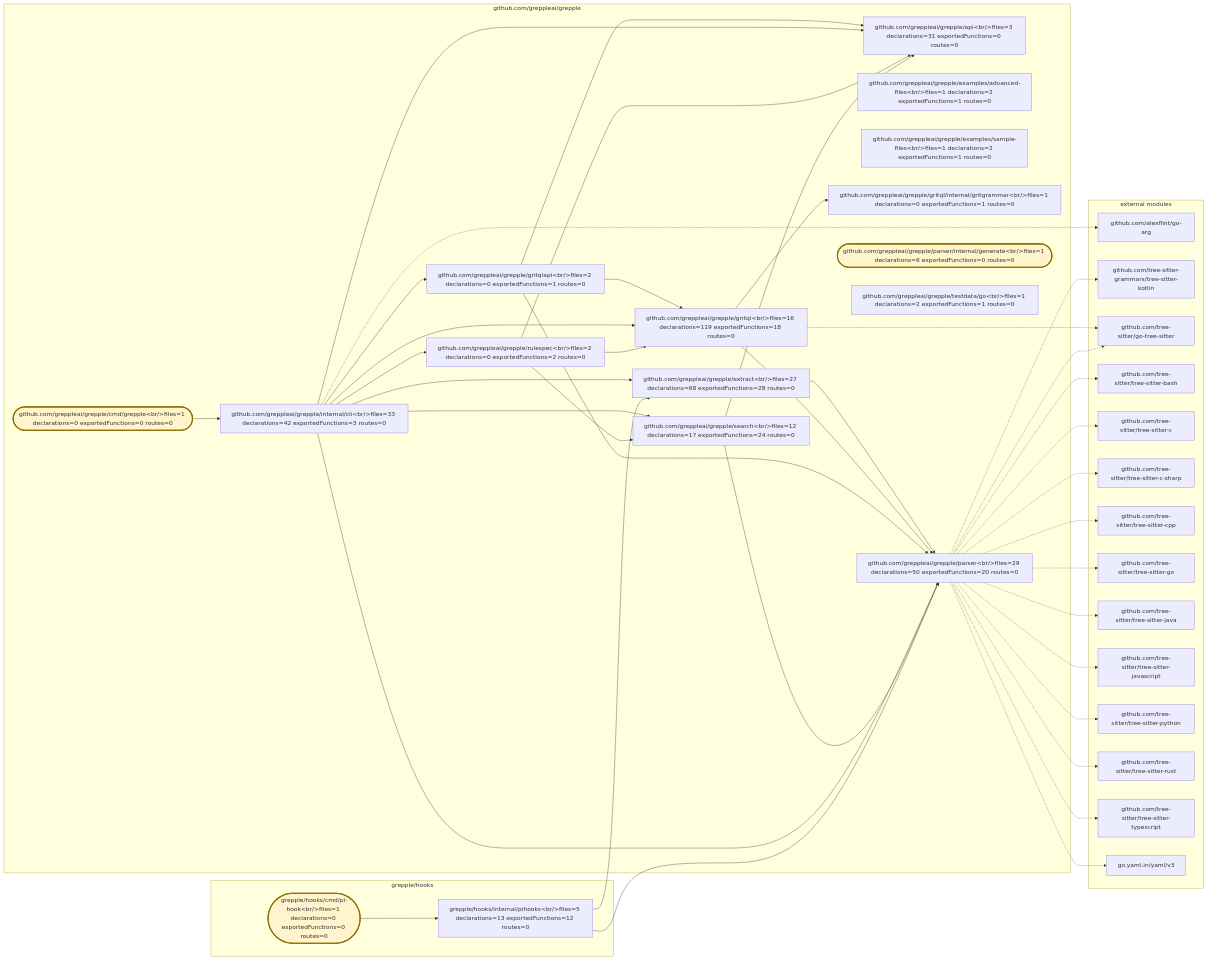
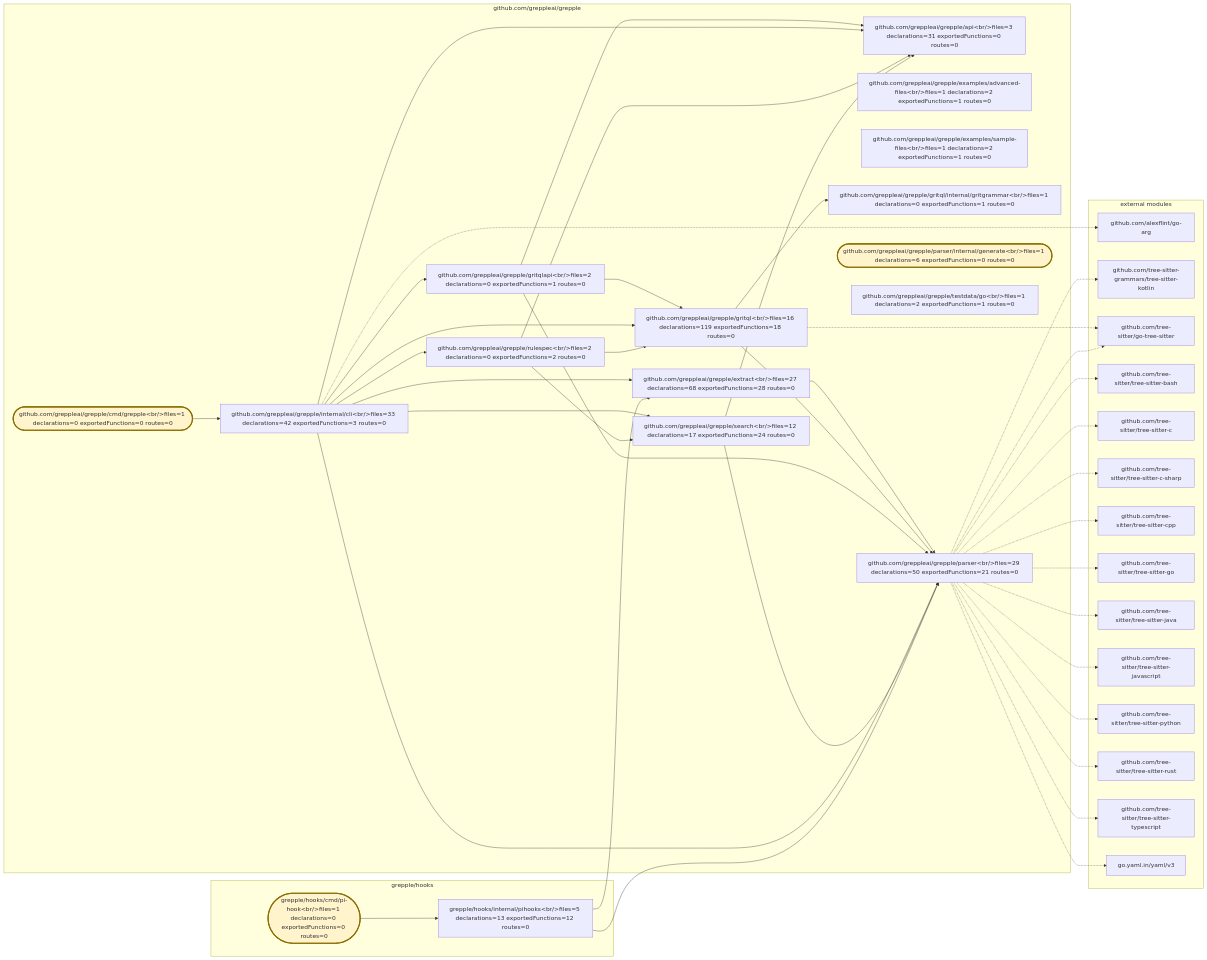
Before and after one commit to greppleai/grepple: the diagram in .grepple/project.workspace/overview.mmd, drawn with Mermaid. The commit also changed 37 other files, not shown here.

```diff
--- a/.grepple/project.workspace/overview.mmd
+++ b/.grepple/project.workspace/overview.mmd
@@ -1,78 +1,78 @@
 flowchart LR
     classDef entrypoint fill:#fff4cc,stroke:#8a6d00,stroke-width:3px
     subgraph module_0["github.com/greppleai/grepple"]
         package_0["github.com/greppleai/grepple/api&lt;br/&gt;files=3 declarations=31 exportedFunctions=0 routes=0"]
         package_1(["github.com/greppleai/grepple/cmd/grepple&lt;br/&gt;files=1 declarations=0 exportedFunctions=0 routes=0"])
         class package_1 entrypoint
         package_2["github.com/greppleai/grepple/examples/advanced-files&lt;br/&gt;files=1 declarations=2 exportedFunctions=1 routes=0"]
         package_3["github.com/greppleai/grepple/examples/sample-files&lt;br/&gt;files=1 declarations=2 exportedFunctions=1 routes=0"]
         package_4["github.com/greppleai/grepple/extract&lt;br/&gt;files=27 declarations=68 exportedFunctions=28 routes=0"]
         package_5["github.com/greppleai/grepple/gritql&lt;br/&gt;files=16 declarations=119 exportedFunctions=18 routes=0"]
         package_6["github.com/greppleai/grepple/gritql/internal/gritgrammar&lt;br/&gt;files=1 declarations=0 exportedFunctions=1 routes=0"]
         package_7["github.com/greppleai/grepple/gritqlapi&lt;br/&gt;files=2 declarations=0 exportedFunctions=1 routes=0"]
         package_8["github.com/greppleai/grepple/internal/cli&lt;br/&gt;files=33 declarations=42 exportedFunctions=3 routes=0"]
-        package_9["github.com/greppleai/grepple/parser&lt;br/&gt;files=29 declarations=50 exportedFunctions=20 routes=0"]
+        package_9["github.com/greppleai/grepple/parser&lt;br/&gt;files=29 declarations=50 exportedFunctions=21 routes=0"]
         package_10(["github.com/greppleai/grepple/parser/internal/generate&lt;br/&gt;files=1 declarations=6 exportedFunctions=0 routes=0"])
         class package_10 entrypoint
         package_11["github.com/greppleai/grepple/rulespec&lt;br/&gt;files=2 declarations=0 exportedFunctions=2 routes=0"]
         package_12["github.com/greppleai/grepple/search&lt;br/&gt;files=12 declarations=17 exportedFunctions=24 routes=0"]
         package_13["github.com/greppleai/grepple/testdata/go&lt;br/&gt;files=1 declarations=2 exportedFunctions=1 routes=0"]
     end
     subgraph module_1["grepple/hooks"]
         package_14(["grepple/hooks/cmd/pi-hook&lt;br/&gt;files=1 declarations=0 exportedFunctions=0 routes=0"])
         class package_14 entrypoint
         package_15["grepple/hooks/internal/pihooks&lt;br/&gt;files=5 declarations=13 exportedFunctions=12 routes=0"]
     end
     package_1 --> package_8
     package_4 --> package_9
     package_5 --> package_6
     package_5 --> package_9
     package_7 --> package_0
     package_7 --> package_5
     package_7 --> package_9
     package_8 --> package_0
     package_8 --> package_4
     package_8 --> package_5
     package_8 --> package_7
     package_8 --> package_9
     package_8 --> package_11
     package_8 --> package_12
     package_11 --> package_0
     package_11 --> package_5
     package_11 --> package_12
     package_12 --> package_0
     package_12 --> package_9
     package_14 --> package_15
     package_15 --> package_4
     package_15 --> package_9
     subgraph external_dependencies["external modules"]
         external_0["github.com/alexflint/go-arg"]
         external_1["github.com/tree-sitter-grammars/tree-sitter-kotlin"]
         external_2["github.com/tree-sitter/go-tree-sitter"]
         external_3["github.com/tree-sitter/tree-sitter-bash"]
         external_4["github.com/tree-sitter/tree-sitter-c"]
         external_5["github.com/tree-sitter/tree-sitter-c-sharp"]
         external_6["github.com/tree-sitter/tree-sitter-cpp"]
         external_7["github.com/tree-sitter/tree-sitter-go"]
         external_8["github.com/tree-sitter/tree-sitter-java"]
         external_9["github.com/tree-sitter/tree-sitter-javascript"]
         external_10["github.com/tree-sitter/tree-sitter-python"]
         external_11["github.com/tree-sitter/tree-sitter-rust"]
         external_12["github.com/tree-sitter/tree-sitter-typescript"]
         external_13["go.yaml.in/yaml/v3"]
     end
     package_8 -.-> external_0
     package_9 -.-> external_1
     package_5 -.-> external_2
     package_9 -.-> external_2
     package_9 -.-> external_3
     package_9 -.-> external_4
     package_9 -.-> external_5
     package_9 -.-> external_6
     package_9 -.-> external_7
     package_9 -.-> external_8
     package_9 -.-> external_9
     package_9 -.-> external_10
     package_9 -.-> external_11
     package_9 -.-> external_12
     package_9 -.-> external_13
```
